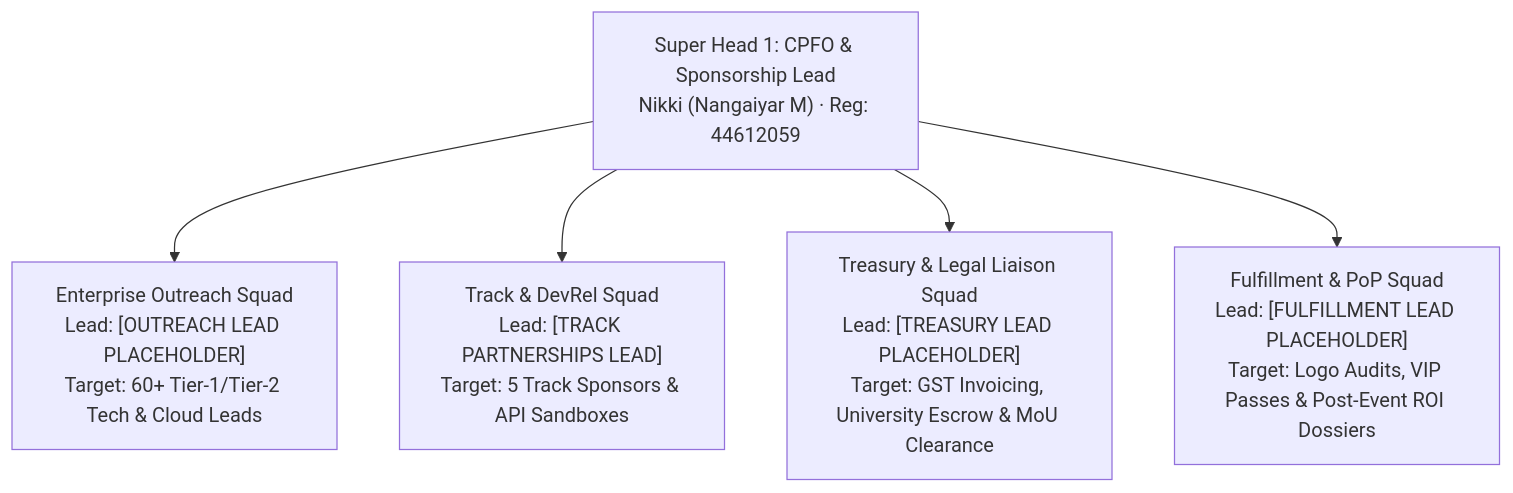
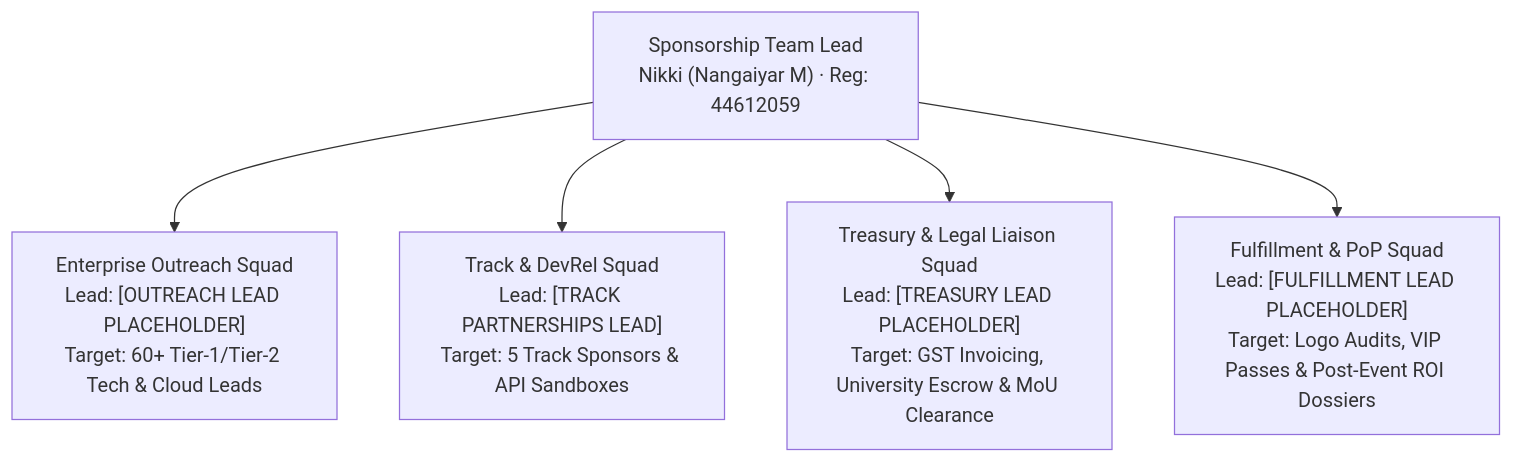
Before and after one commit to MasterZ1311/Kairos: the first of 2 diagrams in teams/01_sponsorship_and_partnerships/README.md, drawn with Mermaid. The commit also changed other lines of this file and 48 other files, not shown here.

Commit message:
refactor(roles): replace C-suite acronyms and Super Head titles with real names and team lead roles

````diff
--- a/teams/01_sponsorship_and_partnerships/README.md
+++ b/teams/01_sponsorship_and_partnerships/README.md
@@ -26,9 +26,9 @@
 ```mermaid
 graph TD
-    CPFO["Super Head 1: CPFO & Sponsorship Lead<br/>Nikki (Nangaiyar M) · Reg: 44612059"]
+    SPONSOR_LEAD["Sponsorship Team Lead<br/>Nikki (Nangaiyar M) · Reg: 44612059"]
     
-    CPFO --> SQ1["Enterprise Outreach Squad<br/>Lead: [OUTREACH LEAD PLACEHOLDER]<br/>Target: 60+ Tier-1/Tier-2 Tech & Cloud Leads"]
-    CPFO --> SQ2["Track & DevRel Squad<br/>Lead: [TRACK PARTNERSHIPS LEAD]<br/>Target: 5 Track Sponsors & API Sandboxes"]
-    CPFO --> SQ3["Treasury & Legal Liaison Squad<br/>Lead: [TREASURY LEAD PLACEHOLDER]<br/>Target: GST Invoicing, University Escrow & MoU Clearance"]
-    CPFO --> SQ4["Fulfillment & PoP Squad<br/>Lead: [FULFILLMENT LEAD PLACEHOLDER]<br/>Target: Logo Audits, VIP Passes & Post-Event ROI Dossiers"]
+    SPONSOR_LEAD --> SQ1["Enterprise Outreach Squad<br/>Lead: [OUTREACH LEAD PLACEHOLDER]<br/>Target: 60+ Tier-1/Tier-2 Tech & Cloud Leads"]
+    SPONSOR_LEAD --> SQ2["Track & DevRel Squad<br/>Lead: [TRACK PARTNERSHIPS LEAD]<br/>Target: 5 Track Sponsors & API Sandboxes"]
+    SPONSOR_LEAD --> SQ3["Treasury & Legal Liaison Squad<br/>Lead: [TREASURY LEAD PLACEHOLDER]<br/>Target: GST Invoicing, University Escrow & MoU Clearance"]
+    SPONSOR_LEAD --> SQ4["Fulfillment & PoP Squad<br/>Lead: [FULFILLMENT LEAD PLACEHOLDER]<br/>Target: Logo Audits, VIP Passes & Post-Event ROI Dossiers"]
 ```
````
